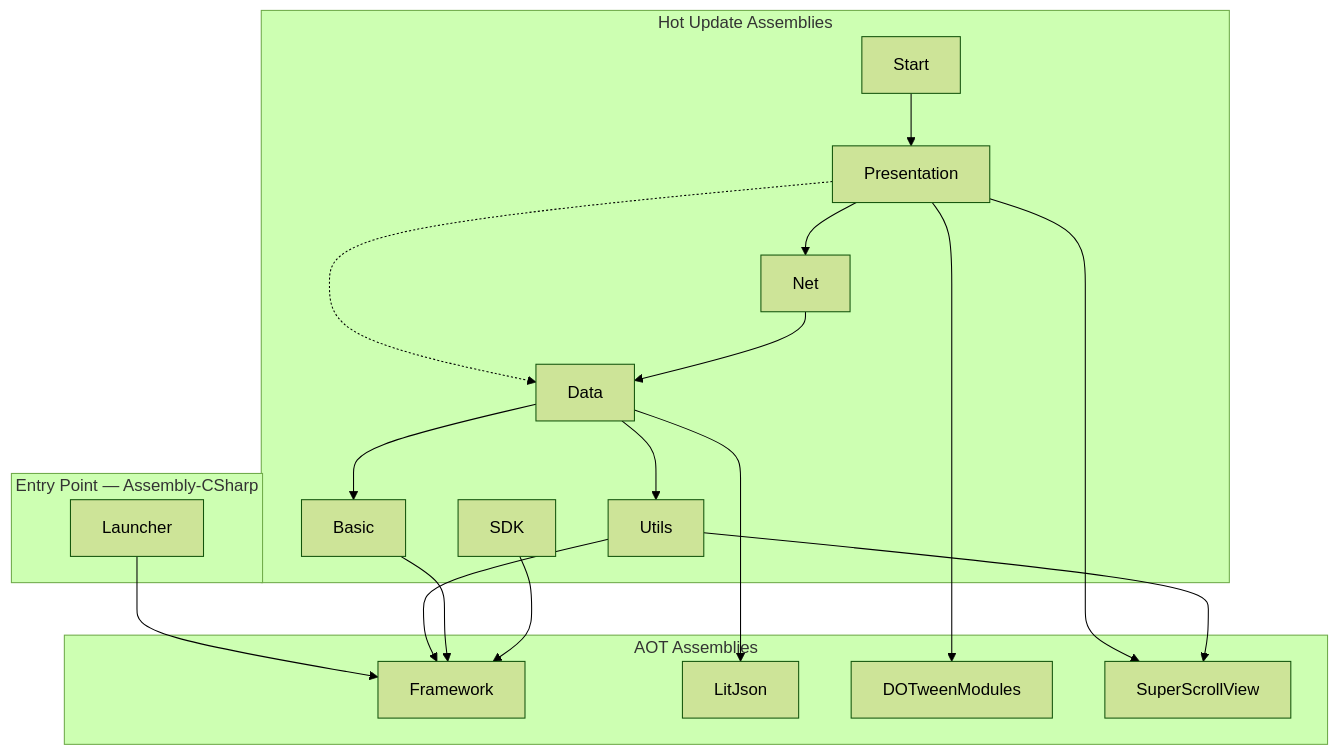
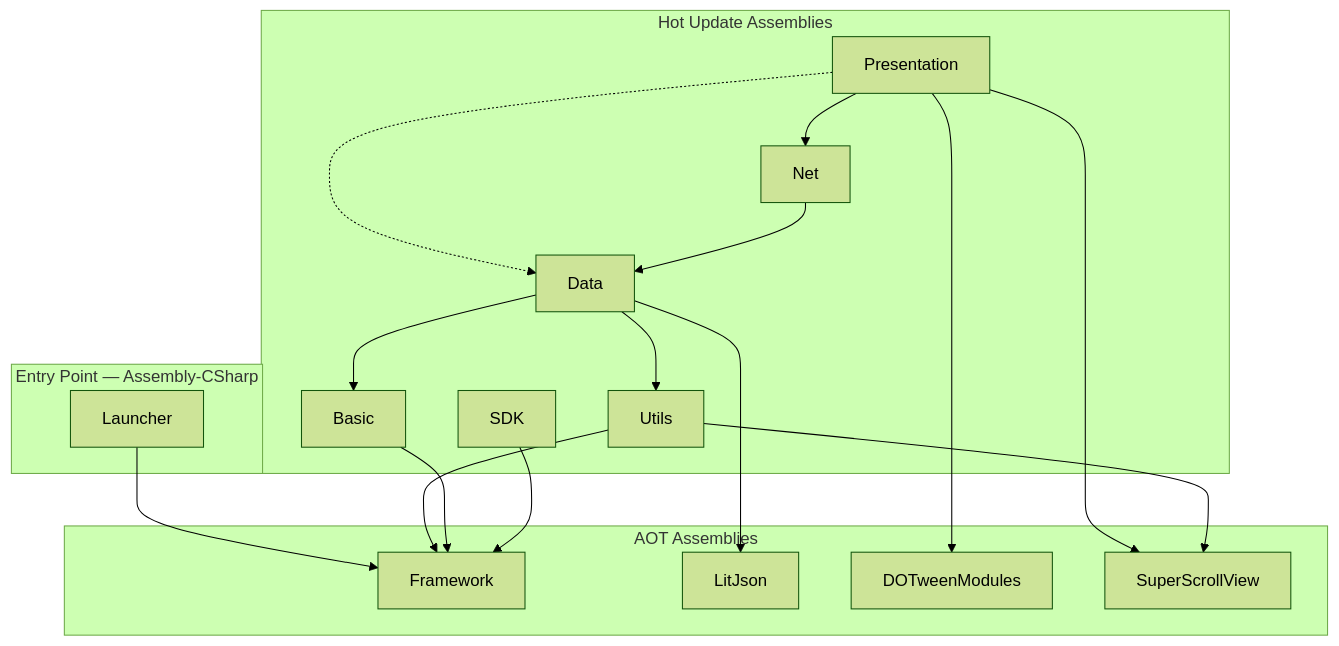
Before and after one commit to zlex001/LOA-Client: the second of 6 diagrams in Documents/Architecture/客户端分层架构.md, drawn with Mermaid (forest theme). The commit also changed other lines of this file and 16 other files, not shown here.

````diff
--- a/Documents/Architecture/客户端分层架构.md
+++ b/Documents/Architecture/客户端分层架构.md
@@ -528,39 +504,37 @@
 ```mermaid
 graph TB
     subgraph entry ["Entry Point — Assembly-CSharp"]
         Launcher[Launcher]
     end
 
     subgraph hotUpdate ["Hot Update Assemblies"]
-        Start[Start]
         Presentation[Presentation]
         Net[Net]
         Data[Data]
         Utils[Utils]
         Basic[Basic]
         SDK[SDK]
     end
 
     subgraph aot ["AOT Assemblies"]
         Framework[Framework]
         LitJson[LitJson]
         DOTweenModules[DOTweenModules]
         SuperScrollView[SuperScrollView]
     end
 
     Launcher --> Framework
 
-    Start --> Presentation
     Presentation --> Net
     Presentation -.-> Data
     Presentation --> DOTweenModules
     Presentation --> SuperScrollView
     Net --> Data
     Data --> Utils
     Data --> Basic
     Data --> LitJson
     Utils --> Framework
     Utils --> SuperScrollView
     Basic --> Framework
     SDK --> Framework
 ```
````
